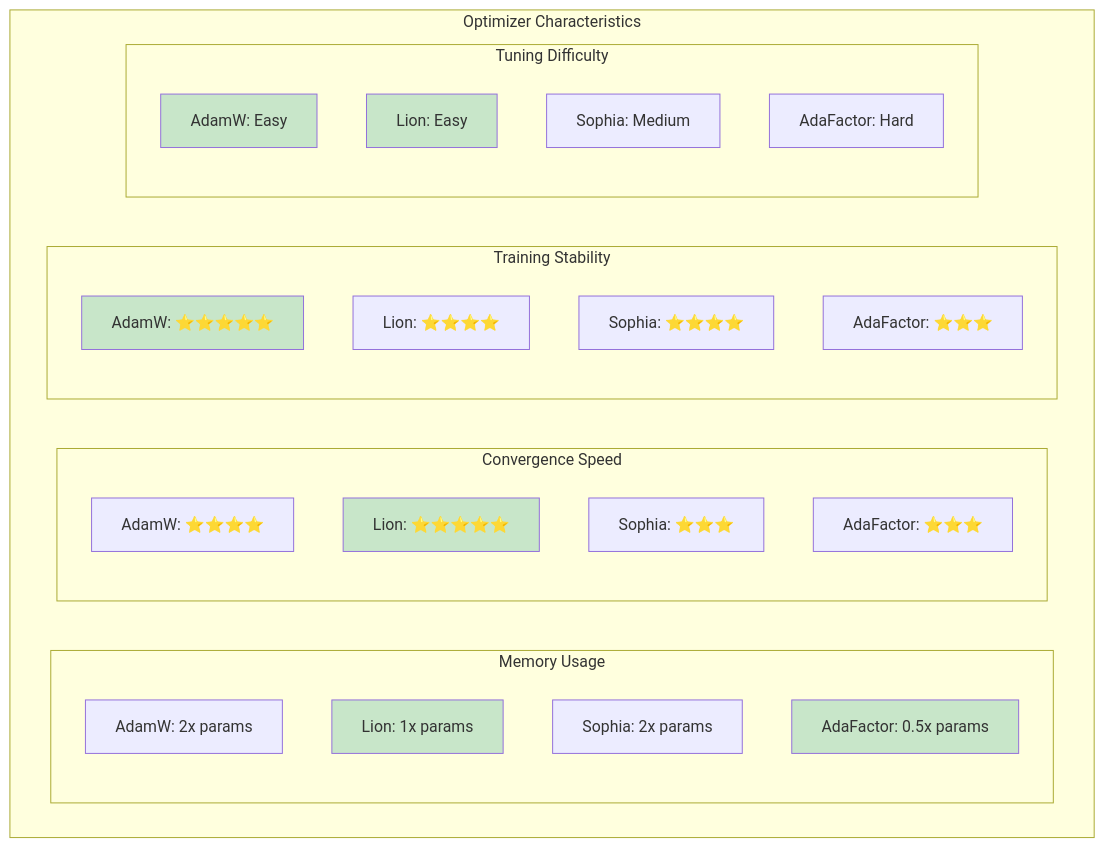
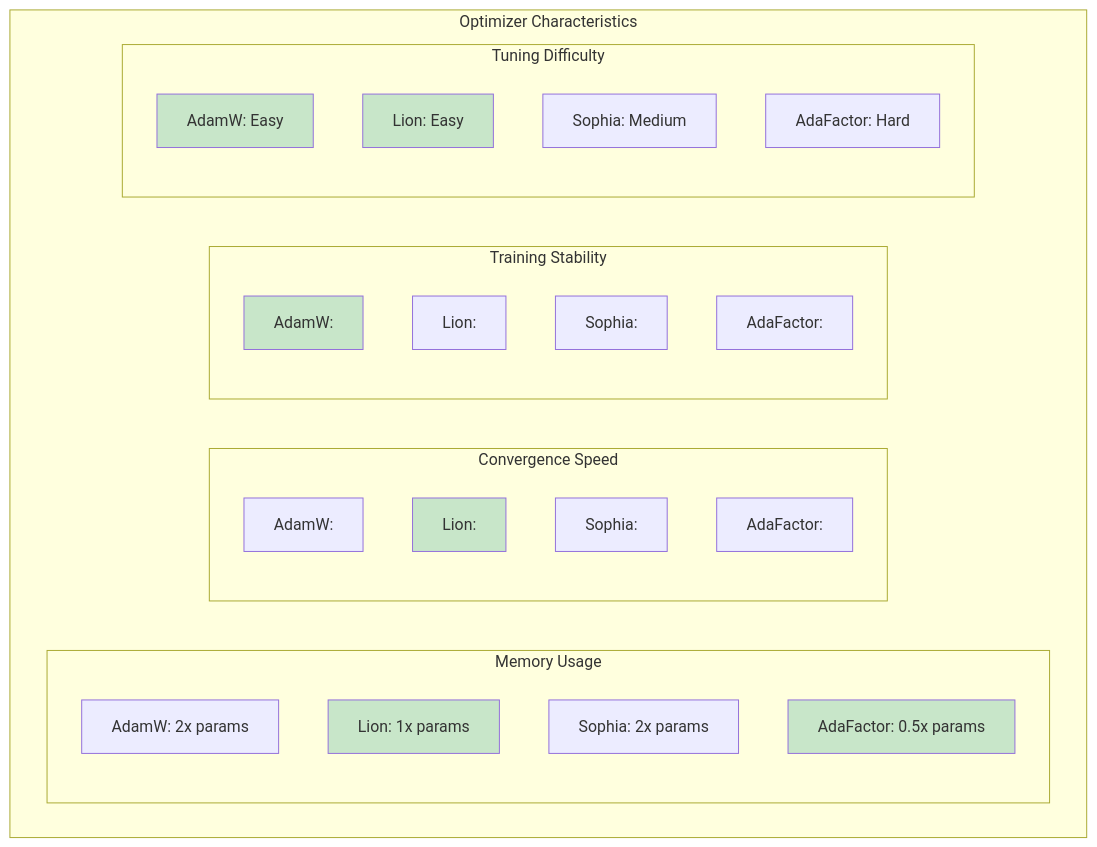
Before and after one commit to Pizzaman213/Ava_AI: the fourth of 25 diagrams in code/docs/05_OPTIMIZATION_GUIDE.md, drawn with Mermaid. The commit also changed other lines of this file and 215 other files, not shown here.

````diff
--- a/code/docs/05_OPTIMIZATION_GUIDE.md
+++ b/code/docs/05_OPTIMIZATION_GUIDE.md
@@ -139,39 +139,39 @@
 ```mermaid
 graph TB
     subgraph "Optimizer Characteristics"
         subgraph "Memory Usage"
             M1[AdamW: 2x params]
             M2[Lion: 1x params]
             M3[Sophia: 2x params]
             M4[AdaFactor: 0.5x params]
         end
 
         subgraph "Convergence Speed"
-            C1[AdamW: ⭐⭐⭐⭐]
-            C2[Lion: ⭐⭐⭐⭐⭐]
-            C3[Sophia: ⭐⭐⭐]
-            C4[AdaFactor: ⭐⭐⭐]
+            C1[AdamW: ]
+            C2[Lion: ]
+            C3[Sophia: ]
+            C4[AdaFactor: ]
         end
 
         subgraph "Training Stability"
-            S1[AdamW: ⭐⭐⭐⭐⭐]
-            S2[Lion: ⭐⭐⭐⭐]
-            S3[Sophia: ⭐⭐⭐⭐]
-            S4[AdaFactor: ⭐⭐⭐]
+            S1[AdamW: ]
+            S2[Lion: ]
+            S3[Sophia: ]
+            S4[AdaFactor: ]
         end
 
         subgraph "Tuning Difficulty"
             T1[AdamW: Easy]
             T2[Lion: Easy]
             T3[Sophia: Medium]
             T4[AdaFactor: Hard]
         end
     end
 
     style M2 fill:#c8e6c9
     style M4 fill:#c8e6c9
     style C2 fill:#c8e6c9
     style S1 fill:#c8e6c9
     style T1 fill:#c8e6c9
     style T2 fill:#c8e6c9
 ```
````
